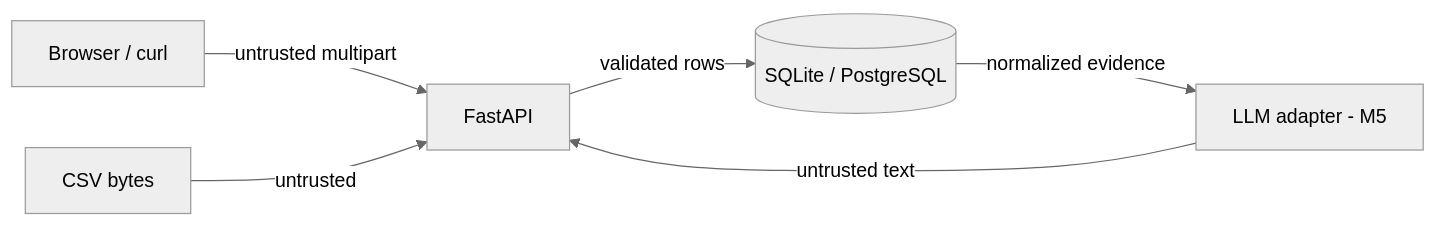
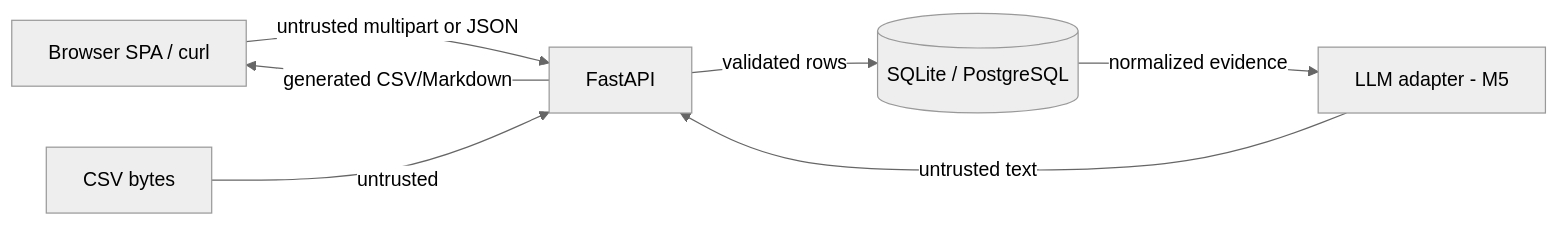
The diagram in docs/THREAT_MODEL.md (bharath609/CloudPilot.ai), drawn with Mermaid (neutral theme) before and after one commit. The commit also changed other lines of this file and 64 other files, not shown here.

````diff
--- a/docs/THREAT_MODEL.md
+++ b/docs/THREAT_MODEL.md
@@ -30,8 +30,9 @@
 ```mermaid
 flowchart LR
-  U[Browser / curl] -->|untrusted multipart| API[FastAPI]
+  U[Browser SPA / curl] -->|untrusted multipart or JSON| API[FastAPI]
   API -->|validated rows| DB[(SQLite / PostgreSQL)]
   DB -->|normalized evidence| AI[LLM adapter - M5]
   AI -->|untrusted text| API
   CSV[CSV bytes] -->|untrusted| API
+  API -->|generated CSV/Markdown| U
 ```
````
